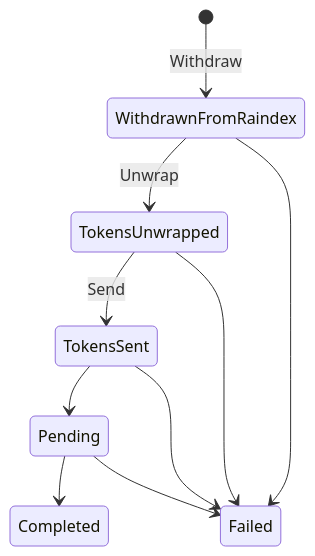
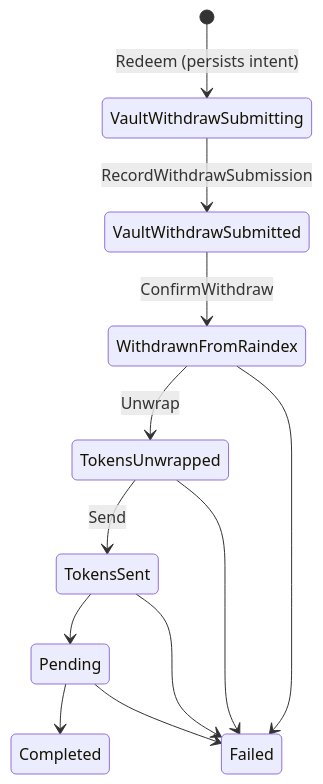
Before and after one commit to ST0x-Technology/st0x.liquidity: the sixth of 12 diagrams in SPEC.md, drawn with Mermaid. The commit also changed other lines of this file and 21 other files, not shown here.

````diff
--- a/SPEC.md
+++ b/SPEC.md
@@ -3267,12 +3267,14 @@
 ```mermaid
 stateDiagram-v2
-    [*] --> WithdrawnFromRaindex: Withdraw
+    [*] --> VaultWithdrawSubmitting: Redeem (persists intent)
+    VaultWithdrawSubmitting --> VaultWithdrawSubmitted: RecordWithdrawSubmission
+    VaultWithdrawSubmitted --> WithdrawnFromRaindex: ConfirmWithdraw
     WithdrawnFromRaindex --> TokensUnwrapped: Unwrap
     WithdrawnFromRaindex --> Failed
     TokensUnwrapped --> TokensSent: Send
     TokensUnwrapped --> Failed
     TokensSent --> Pending
     TokensSent --> Failed
     Pending --> Completed
     Pending --> Failed
 ```
````
